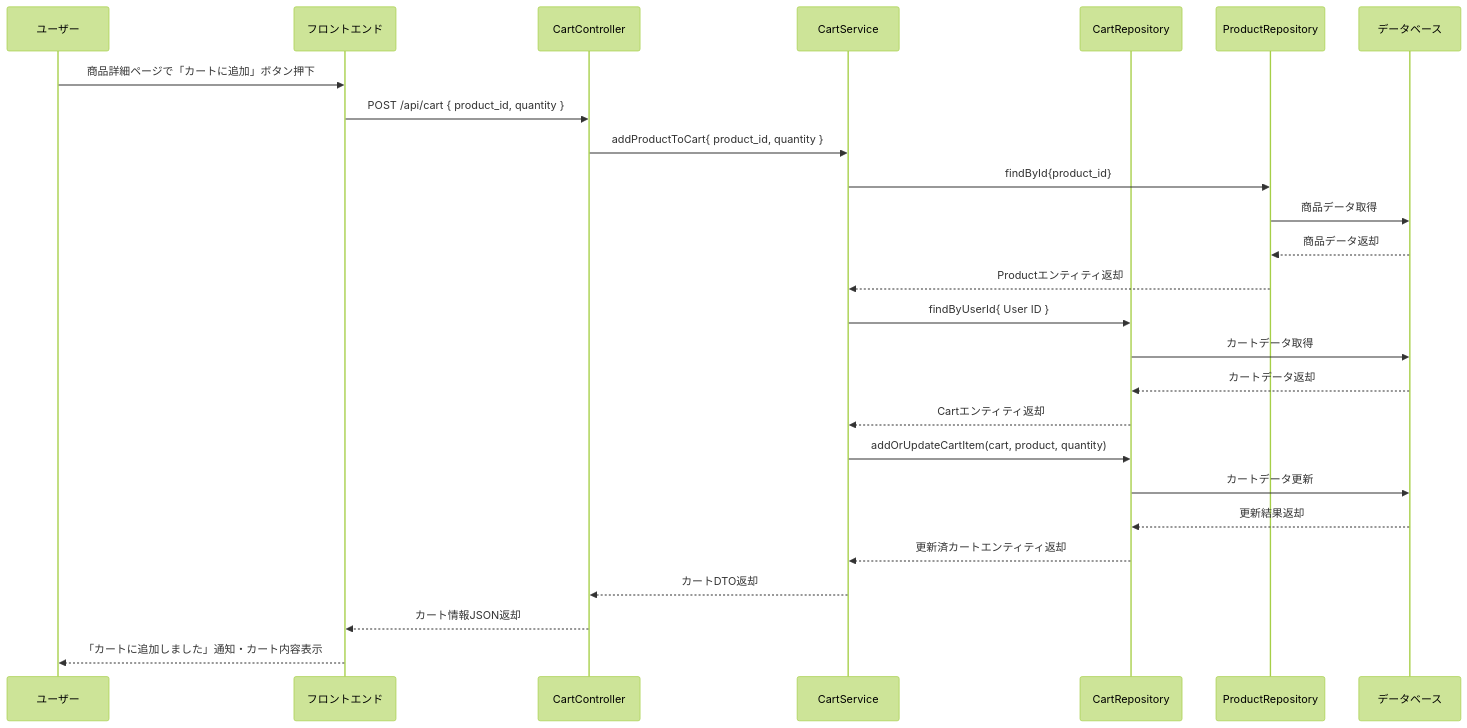
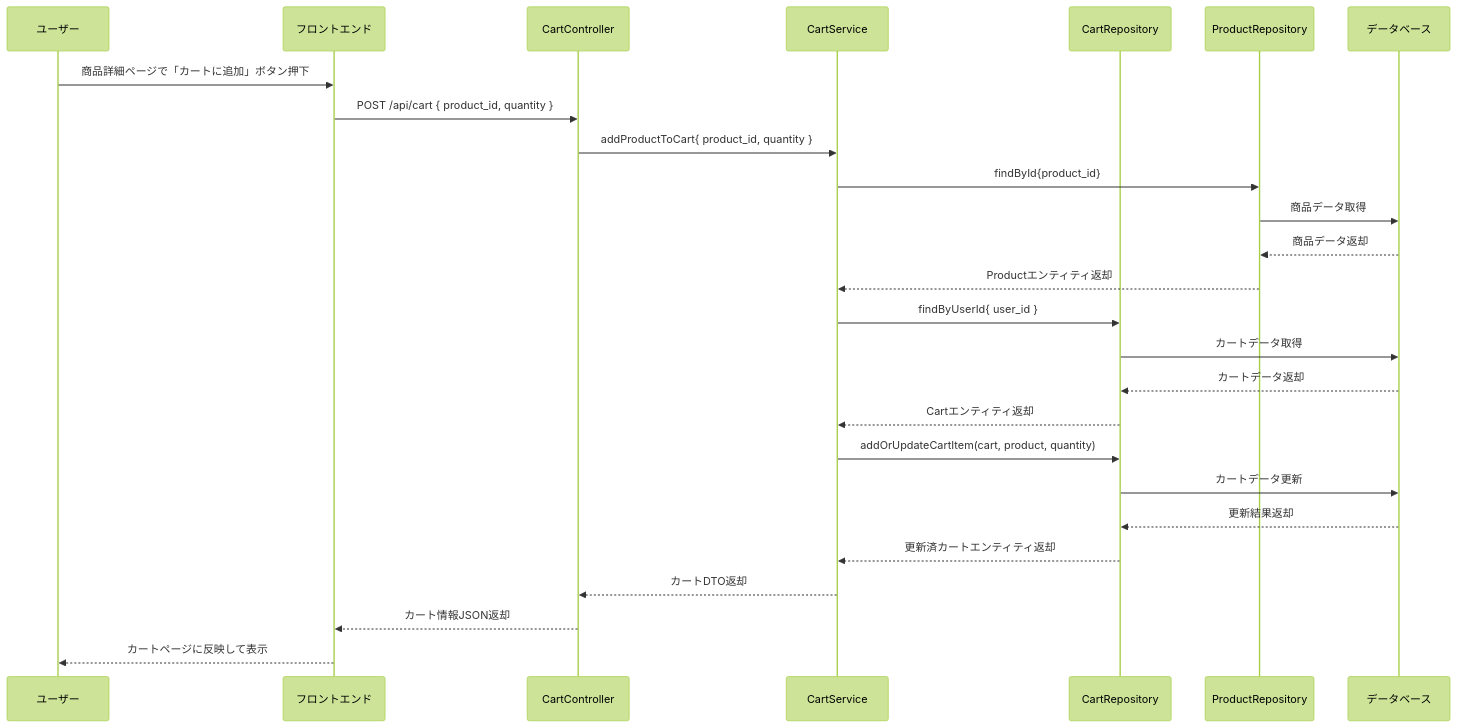
The fifth of 36 diagrams in 詳細設計/提出用/詳細設計書.md (Aoi-Yaegashi/teamF), drawn with Mermaid (forest theme) before and after one commit. The commit also changed other lines of this file and 1 other file, not shown here.

```diff
--- a/詳細設計/提出用/詳細設計書.md
+++ b/詳細設計/提出用/詳細設計書.md
@@ -497,29 +497,29 @@
    <div class="mermaid">
    sequenceDiagram
     participant User as ユーザー
     participant Browser as フロントエンド
     participant CartController as CartController
     participant CartService as CartService
     participant CartRepo as CartRepository
     participant ProductRepo as ProductRepository
     participant DB as データベース
 
     User->>Browser: 商品詳細ページで「カートに追加」ボタン押下
     Browser->>CartController: POST /api/cart { product_id, quantity }
     CartController->>CartService: addProductToCart{ product_id, quantity }
     CartService->>ProductRepo: findById{product_id}
     ProductRepo->>DB: 商品データ取得
     DB-->>ProductRepo: 商品データ返却
     ProductRepo-->>CartService: Productエンティティ返却
-    CartService->>CartRepo: findByUserId{ User ID }
+    CartService->>CartRepo: findByUserId{ user_id }
     CartRepo->>DB: カートデータ取得
     DB-->>CartRepo: カートデータ返却
     CartRepo-->>CartService: Cartエンティティ返却
     CartService->>CartRepo: addOrUpdateCartItem(cart, product, quantity)
     CartRepo->>DB: カートデータ更新
     DB-->>CartRepo: 更新結果返却
     CartRepo-->>CartService: 更新済カートエンティティ返却
     CartService-->>CartController: カートDTO返却
     CartController-->>Browser: カート情報JSON返却
-    Browser-->>User: 「カートに追加しました」通知・カート内容表示
+    Browser-->>User: カートページに反映して表示
 </div>
```
